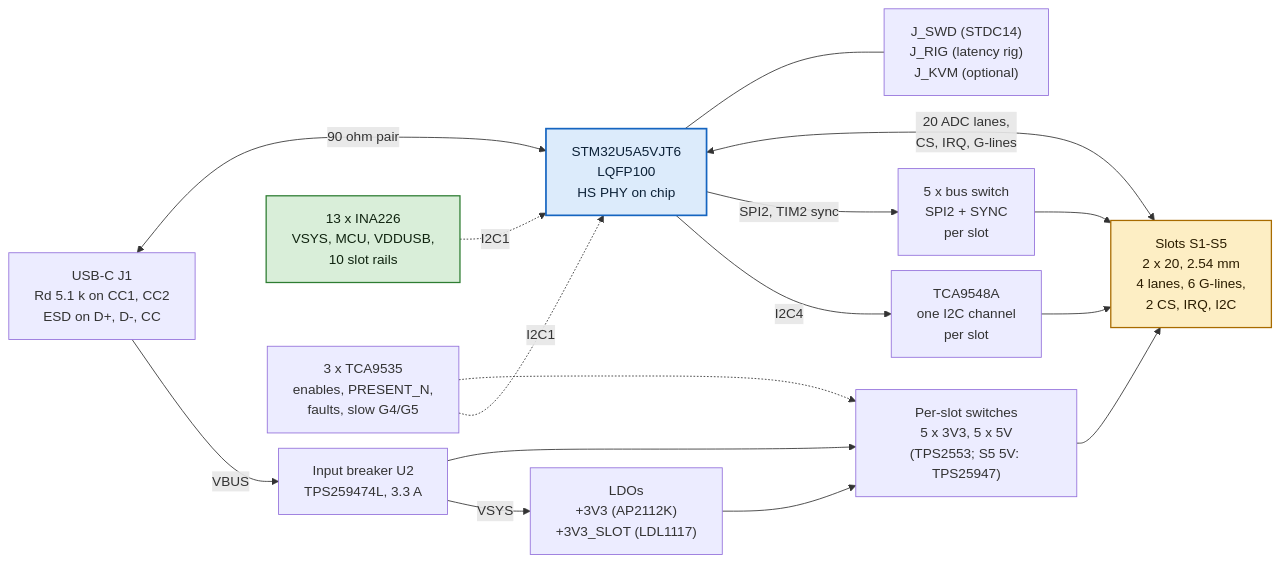
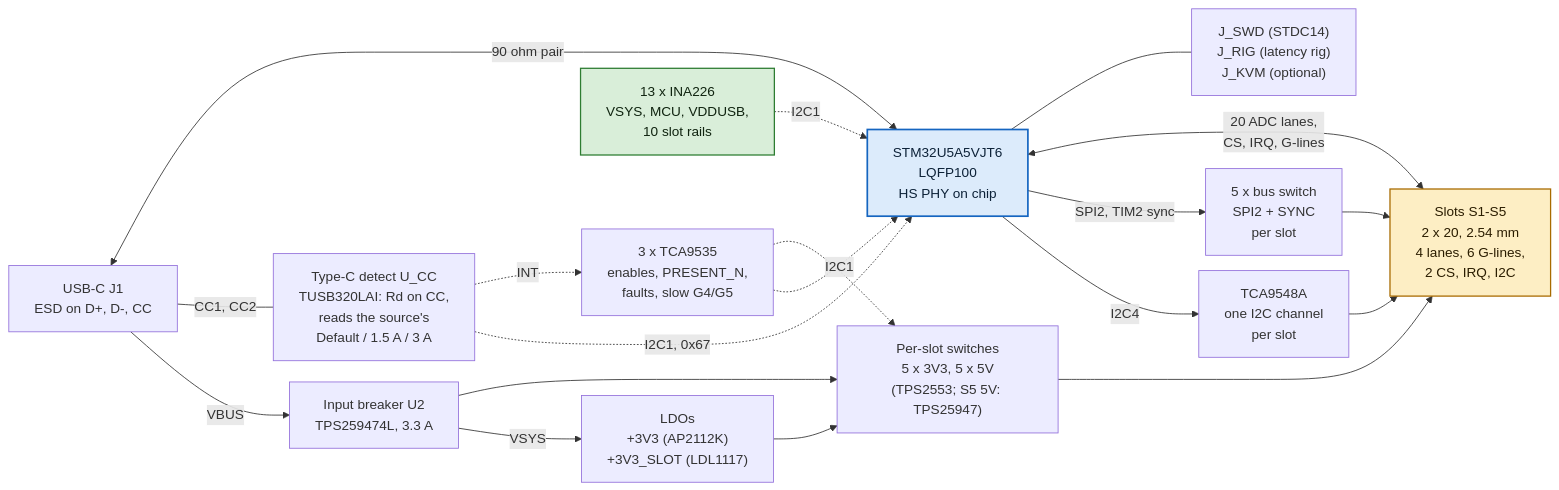
Before and after one commit to tyevco/prettycoolboards: the diagram in keyboard/hardware/design/SPEC.md, drawn with Mermaid. The commit also changed other lines of this file and 41 other files, not shown here.

````diff
--- a/keyboard/hardware/design/SPEC.md
+++ b/keyboard/hardware/design/SPEC.md
@@ -78,38 +98,42 @@
 ```mermaid
 ---
 config:
   # the docs theme sets p { line-height: 28px }, which would clip the labels mermaid measured at 1.5
   themeCSS: "p { line-height: inherit; }"
   flowchart:
     nodeSpacing: 18
     rankSpacing: 40
 ---
 flowchart LR
-  USB["USB-C J1<br/>Rd 5.1 k on CC1, CC2<br/>ESD on D+, D-, CC"]
+  USB["USB-C J1<br/>ESD on D+, D-, CC"]
+  CC["Type-C detect U_CC<br/>TUSB320LAI: Rd on CC,<br/>reads the source's<br/>Default / 1.5 A / 3 A"]
   EF["Input breaker U2<br/>TPS259474L, 3.3 A"]
   REG["LDOs<br/>+3V3 (AP2112K)<br/>+3V3_SLOT (LDL1117)"]
   SW["Per-slot switches<br/>5 x 3V3, 5 x 5V<br/>(TPS2553; S5 5V: TPS25947)"]
   PM["13 x INA226<br/>VSYS, MCU, VDDUSB,<br/>10 slot rails"]:::meas
   EXP["3 x TCA9535<br/>enables, PRESENT_N,<br/>faults, slow G4/G5"]
   MCU["STM32U5A5VJT6<br/>LQFP100<br/>HS PHY on chip"]:::mcu
   MUX["TCA9548A<br/>one I2C channel<br/>per slot"]
   BS["5 x bus switch<br/>SPI2 + SYNC<br/>per slot"]
   SLOTS["Slots S1-S5<br/>2 x 20, 2.54 mm<br/>4 lanes, 6 G-lines,<br/>2 CS, IRQ, I2C"]:::slot
   HDR["J_SWD (STDC14)<br/>J_RIG (latency rig)<br/>J_KVM (optional)"]
 
   USB -->|"VBUS"| EF -->|"VSYS"| REG
+  USB ---|"CC1, CC2"| CC
   EF --> SW
   REG --> SW --> SLOTS
   USB <-->|"90 ohm pair"| MCU
   PM -.->|"I2C1"| MCU
+  CC -.->|"I2C1, 0x67"| MCU
+  CC -.->|"INT"| EXP
   EXP -.->|"I2C1"| MCU
   EXP -.-> SW
   MCU -->|"I2C4"| MUX --> SLOTS
   MCU -->|"SPI2, TIM2 sync"| BS --> SLOTS
   MCU <-->|"20 ADC lanes,<br/>CS, IRQ, G-lines"| SLOTS
   MCU --- HDR
 
   classDef mcu fill:#dcebfb,stroke:#1565c0,stroke-width:2px,color:#0d2238
   classDef slot fill:#fdeec4,stroke:#a86b00,stroke-width:1.5px,color:#2b1d00
   classDef meas fill:#d9eed9,stroke:#2e7d32,stroke-width:1.5px,color:#102410
 ```
````
